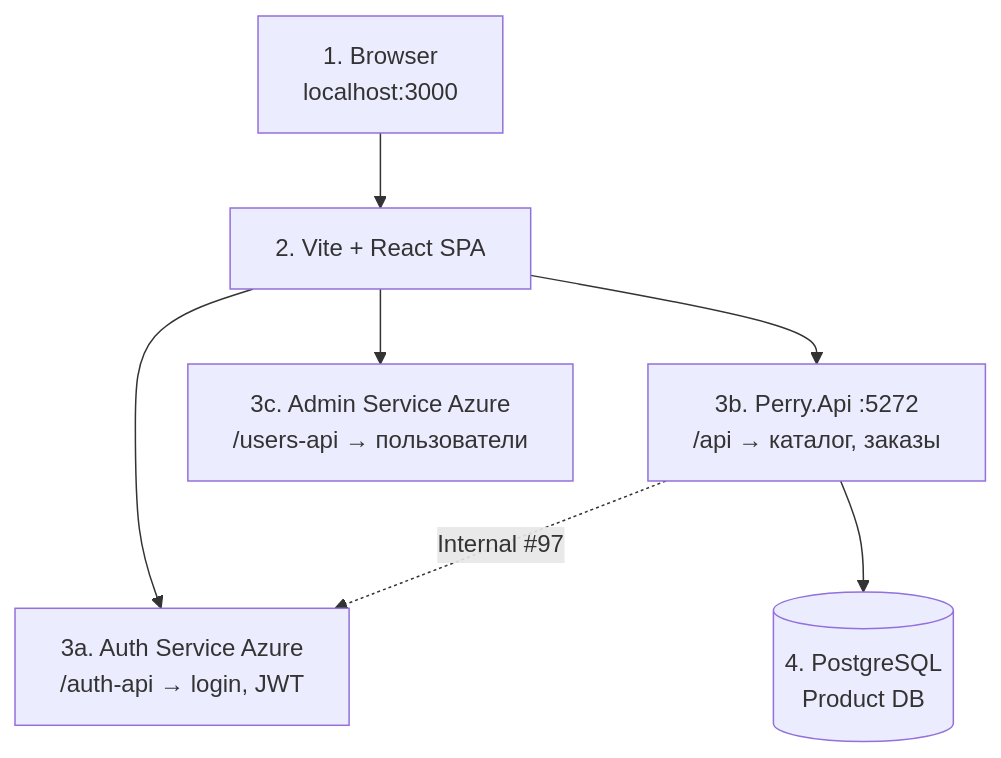
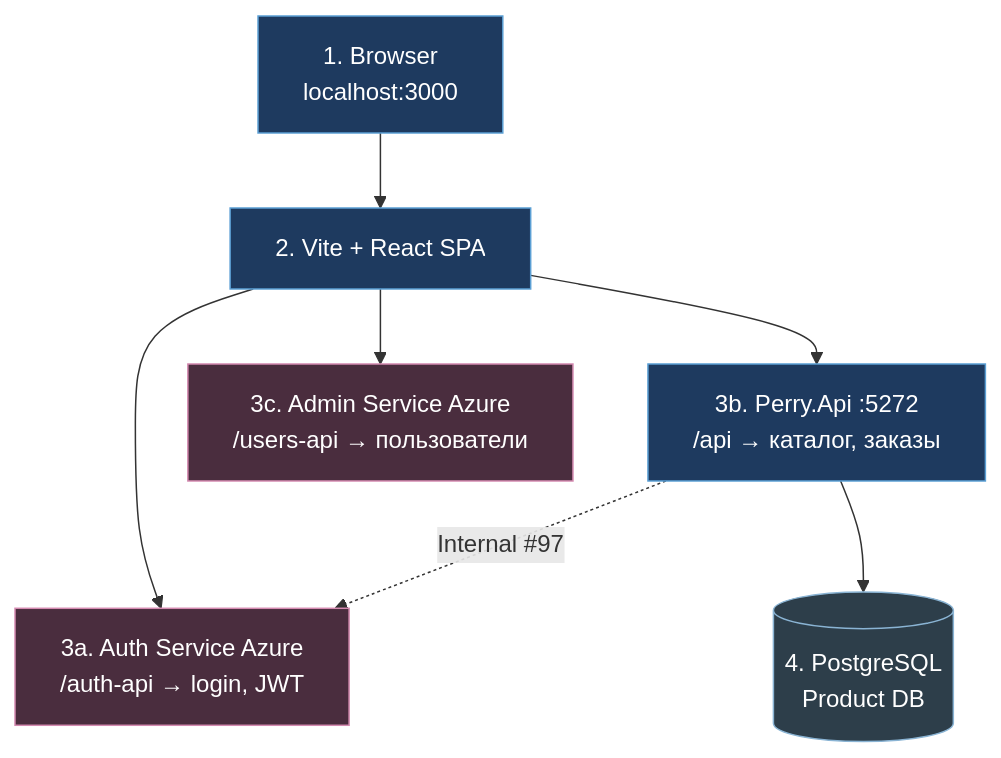
Before and after one commit to ITSTEP-PERRY/Back_end_for_our_poroject: the first of 10 diagrams in project_defense/DEFENSE_BACKEND.md, drawn with Mermaid. The commit also changed other lines of this file and 2 other files, not shown here.

````diff
--- a/project_defense/DEFENSE_BACKEND.md
+++ b/project_defense/DEFENSE_BACKEND.md
@@ -51,11 +51,21 @@
 ```mermaid
 flowchart TB
   B["1. Browser<br/>localhost:3000"]
   V["2. Vite + React SPA"]
+
   B --> V
+
   V --> A["3a. Auth Service Azure<br/>/auth-api → login, JWT"]
   V --> P["3b. Perry.Api :5272<br/>/api → каталог, заказы"]
   V --> U["3c. Admin Service Azure<br/>/users-api → пользователи"]
+
   P --> DB[("4. PostgreSQL<br/>Product DB")]
   P -.->|"Internal #97"| A
+
+  classDef step fill:#1e3a5f,stroke:#5b9fd4,color:#fff
+  classDef ext fill:#4a2d3e,stroke:#d48ab0,color:#fff
+  classDef db fill:#2d3e4a,stroke:#8ab4d4,color:#fff
+  class B,V,P step
+  class A,U ext
+  class DB db
 ```
````
